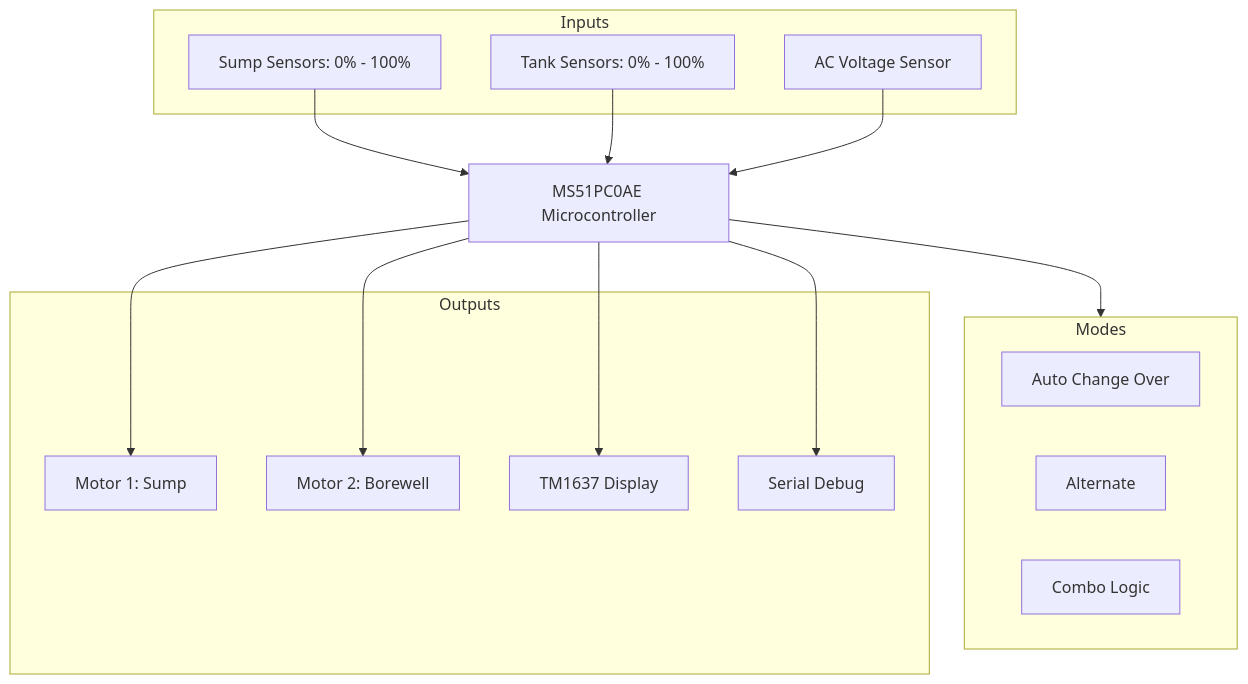
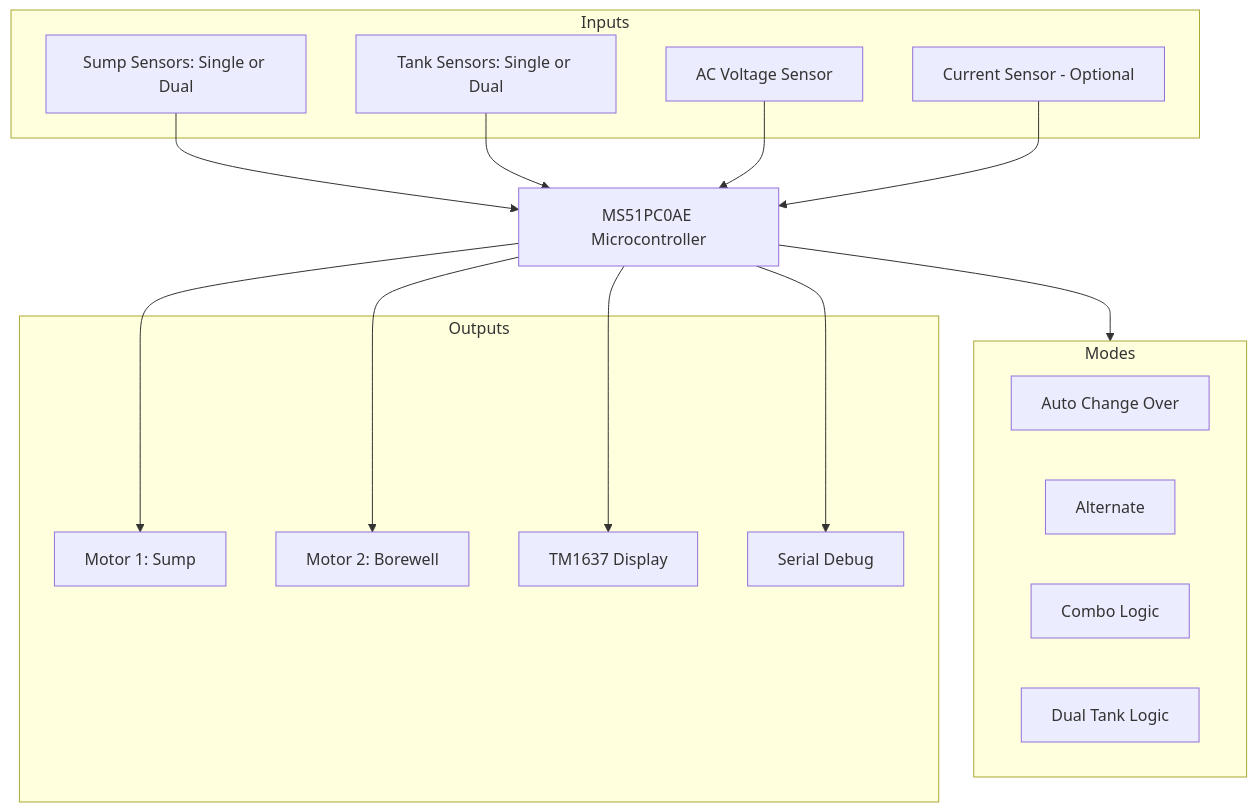
One commit to pratikshinde/WLC_GT_Digital_MS51PC0AE changed the diagram in README.md. Above: the diagram before and after it, drawn with Mermaid. The commit also changed other lines of this file, not shown here.

````diff
--- a/README.md
+++ b/README.md
@@ -40,33 +54,36 @@
 ```mermaid
 graph TD
     MCU[MS51PC0AE Microcontroller]
     
     subgraph Inputs
-        S_Sensors[Sump Sensors: 0% - 100%]
-        T_Sensors[Tank Sensors: 0% - 100%]
+        S_Sensors[Sump Sensors: Single or Dual]
+        T_Sensors[Tank Sensors: Single or Dual]
         AC_Volt[AC Voltage Sensor]
+        CT_Sens[Current Sensor - Optional]
     end
 
     subgraph Modes
         ACO[Auto Change Over]
         SAL[Alternate]
         COM[Combo Logic]
+        DTK[Dual Tank Logic]
     end
 
     subgraph Outputs
         RLY1[Motor 1: Sump]
         RLY2[Motor 2: Borewell]
         DISP[TM1637 Display]
         UART[Serial Debug]
     end
     
     S_Sensors --> MCU
     T_Sensors --> MCU
     AC_Volt --> MCU
+    CT_Sens --> MCU
     
     MCU --> Modes
     MCU --> RLY1
     MCU --> RLY2
     MCU --> DISP
     MCU --> UART
 ```
````
